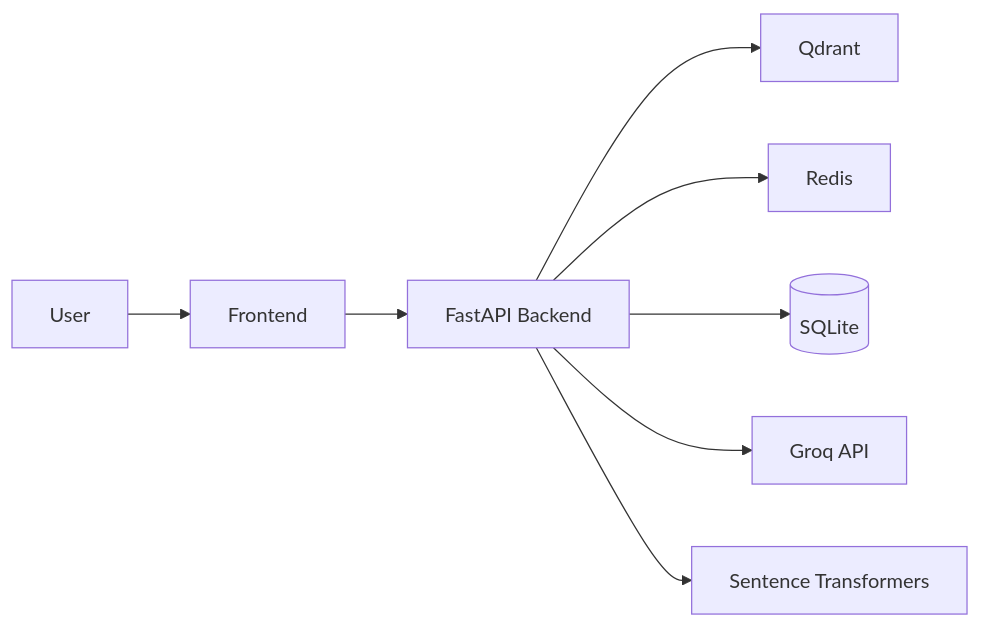
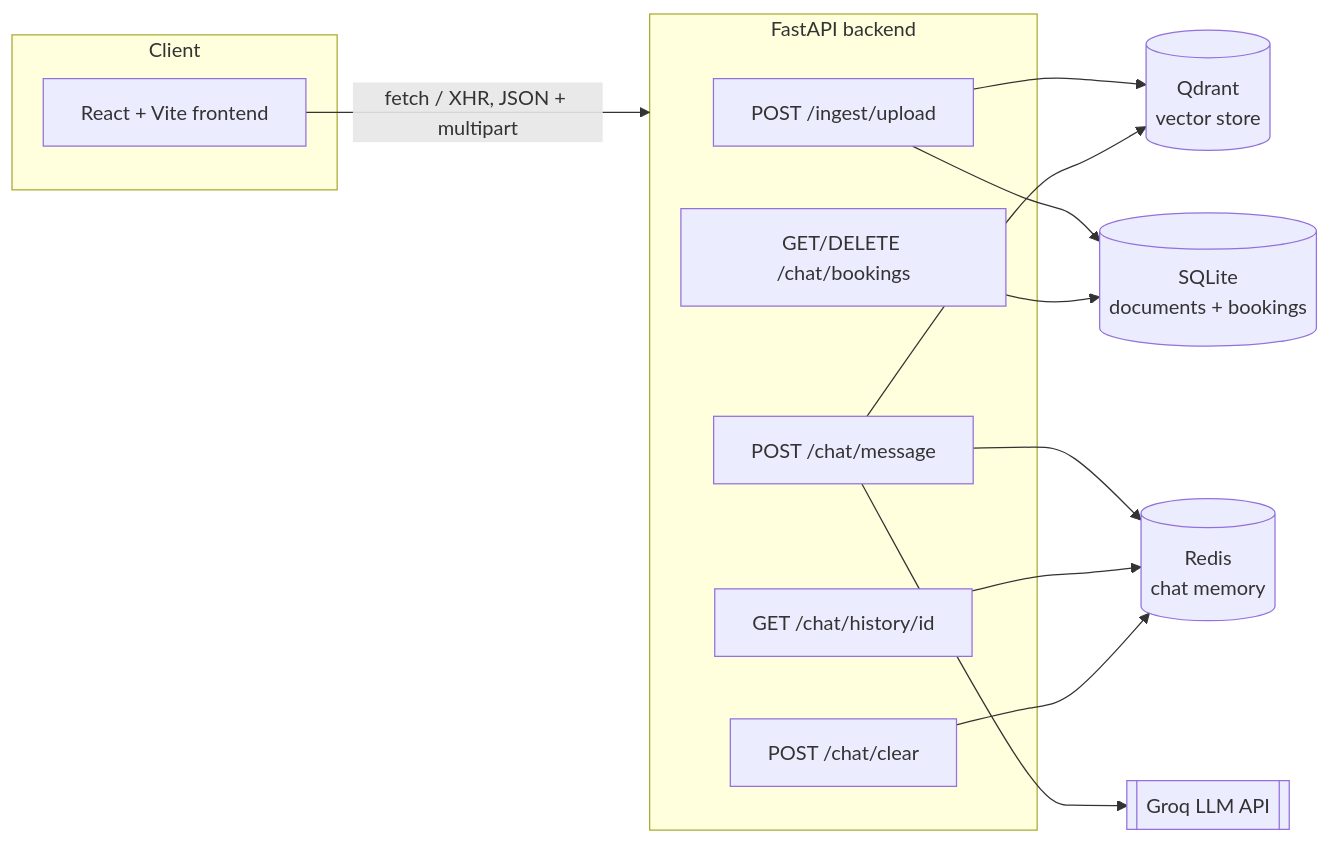
Before and after one commit to Anup806/Backend-RAG-with-Two-RESTAPI: the diagram in README.md, drawn with Mermaid. The commit also changed other lines of this file, not shown here.

````diff
--- a/README.md
+++ b/README.md
@@ -7,10 +9,29 @@
 ```mermaid
 flowchart LR
-  U[User] --> F[Frontend]
-  F --> B[FastAPI Backend]
-  B --> Q[Qdrant]
-  B --> R[Redis]
-  B --> S[(SQLite)]
-  B --> G[Groq API]
-  B --> V[Sentence Transformers]
+    subgraph Client
+        UI[React + Vite frontend]
+    end
+
+    subgraph Backend [FastAPI backend]
+        ING[POST /ingest/upload]
+        CHAT[POST /chat/message]
+        HIST[GET /chat/history/id]
+        CLR[POST /chat/clear]
+        BOOK[GET/DELETE /chat/bookings]
+    end
+
+    QD[(Qdrant\nvector store)]
+    RD[(Redis\nchat memory)]
+    DB[(SQLite\ndocuments + bookings)]
+    GROQ[[Groq LLM API]]
+
+    UI -->|fetch / XHR, JSON + multipart| Backend
+    ING --> QD
+    ING --> DB
+    CHAT --> QD
+    CHAT --> RD
+    CHAT --> GROQ
+    HIST --> RD
+    CLR --> RD
+    BOOK --> DB
 ```
````
